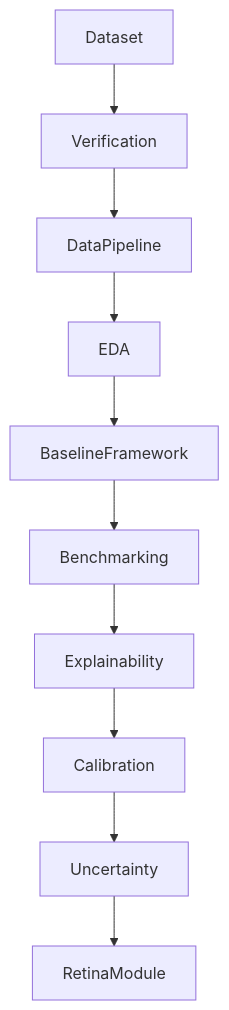
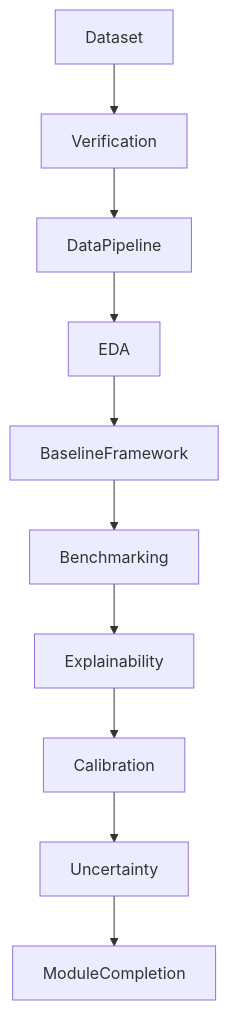
Before and after one commit to Dr-Venom29/FusionMedAI: the second of 2 diagrams in docs/architecture.md, drawn with Mermaid. The commit also changed other lines of this file and 28 other files, not shown here.

Commit message:
docs(retina): finalize module documentation

````diff
--- a/docs/architecture.md
+++ b/docs/architecture.md
@@ -33,13 +33,13 @@
 ```mermaid
 flowchart TD
     Dataset
     --> Verification
     --> DataPipeline
     --> EDA
     --> BaselineFramework
     --> Benchmarking
     --> Explainability
     --> Calibration
     --> Uncertainty
-    --> RetinaModule
+    --> ModuleCompletion
 ```
````
